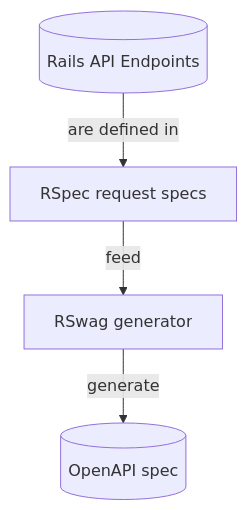
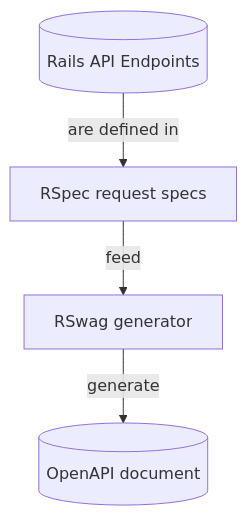
The diagram in openapi/frameworks/rails.mdx (ritza-co/speakeasy-developer-docs), drawn with Mermaid before and after one commit. The commit also changed other lines of this file, not shown here.

````diff
--- a/openapi/frameworks/rails.mdx
+++ b/openapi/frameworks/rails.mdx
@@ -21,6 +21,6 @@
 ```mermaid
 graph TD
-    R[(Rails API Endpoints)] -->|are defined in| A[RSpec request specs] 
+    R[(Rails API Endpoints)] -->|are defined in| A[RSpec request specs]
     A -->|feed| B[RSwag generator]
-    B --> |generate| C[(OpenAPI spec)]
+    B --> |generate| C[(OpenAPI document)]
 ```
````
